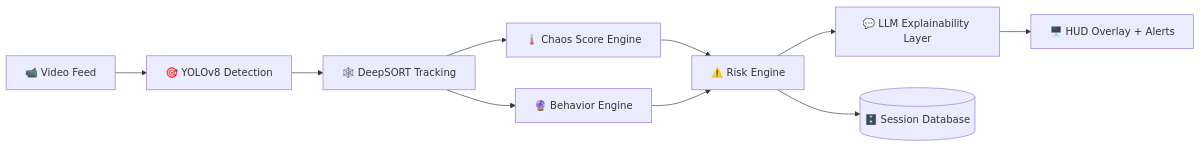
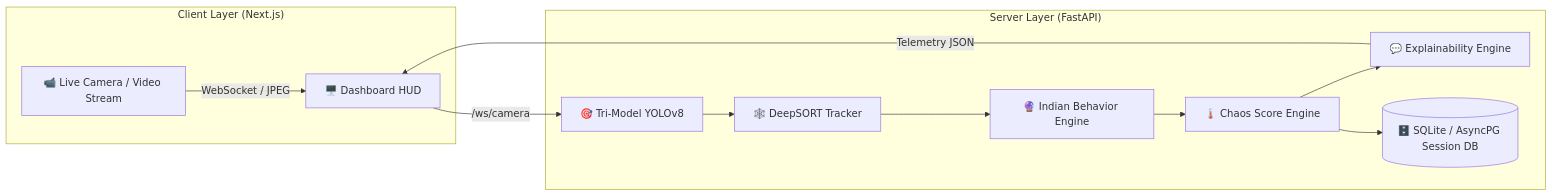
One commit to AARAV-git/ADAS changed the diagram in README.md. Above: the diagram before and after it, drawn with Mermaid. The commit also changed other lines of this file, not shown here.

Commit message:
docs: update README.md with live demo link https://adas-frontend.onrender.com/ and polished architecture

````diff
--- a/README.md
+++ b/README.md
@@ -55,12 +47,16 @@
 ```mermaid
 flowchart LR
-    A[📹 Video Feed] --> B[🎯 YOLOv8 Detection]
-    B --> C[🕸️ DeepSORT Tracking]
-    C --> D[🌡️ Chaos Score Engine]
-    C --> E[🔮 Behavior Engine]
-    D --> F[⚠️ Risk Engine]
-    E --> F
-    F --> G[💬 LLM Explainability Layer]
-    G --> H[🖥️ HUD Overlay + Alerts]
-    F --> I[(🗄️ Session Database)]
+    subgraph Frontend ["Client Layer (Next.js)"]
+        A[📹 Live Camera / Video Stream] -->|WebSocket / JPEG| B[🖥️ Dashboard HUD]
+    end
+
+    subgraph Backend ["Server Layer (FastAPI)"]
+        B -->|/ws/camera| C[🎯 Tri-Model YOLOv8]
+        C --> D[🕸️ DeepSORT Tracker]
+        D --> E[🔮 Indian Behavior Engine]
+        E --> F[🌡️ Chaos Score Engine]
+        F --> G[💬 Explainability Engine]
+        G -->|Telemetry JSON| B
+        F --> H[(🗄️ SQLite / AsyncPG Session DB)]
+    end
 ```
````
